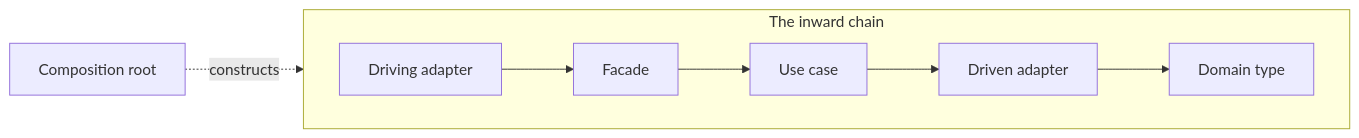
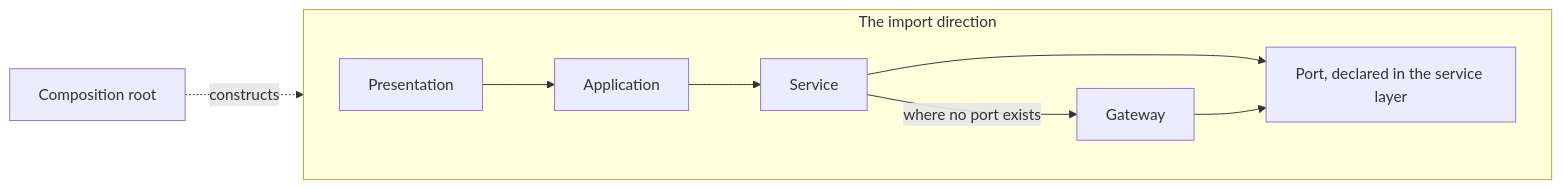
Before and after one commit to abhinyaay/ai-toolkit: diagram 11 of 11 in docs/contributing/architecture.md, drawn with Mermaid. The commit also changed other lines of this file, not shown here.

First line of the commit message:
docs: state the stack and the import direction as two facts

````diff
--- a/docs/contributing/architecture.md
+++ b/docs/contributing/architecture.md
@@ -581,12 +593,13 @@
 ```mermaid
 flowchart LR
     root["Composition root"]
-    subgraph chain["The inward chain"]
+    subgraph chain["The import direction"]
         direction LR
-        driving["Driving adapter"] --> facade["Facade"]
-        facade --> usecase["Use case"]
-        usecase --> driven["Driven adapter"]
-        driven --> domain["Domain type"]
+        presentation["Presentation"] --> application["Application"]
+        application --> service["Service"]
+        service --> port["Port, declared in the service layer"]
+        gateway["Gateway"] --> port
+        service -->|"where no port exists"| gateway
     end
     root -.->|constructs| chain
 ```
````
